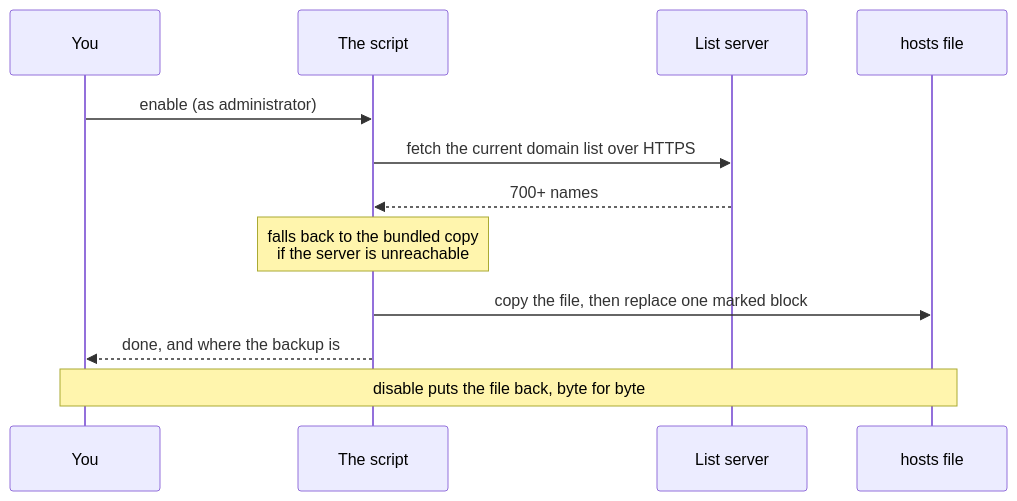
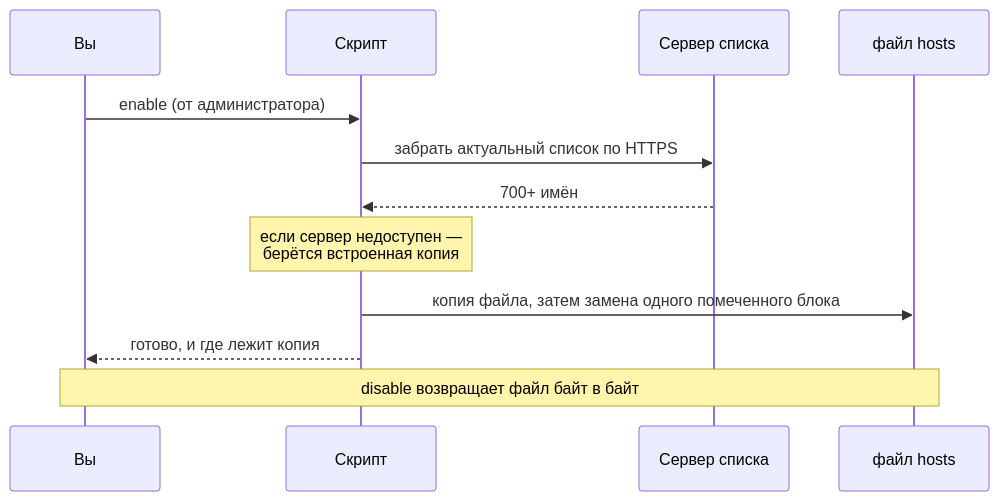
Before and after one commit to SteepMans/ai-sni-proxy: the fourth of 4 diagrams in README.md, drawn with Mermaid. The commit also changed other lines of this file and 5 other files, not shown here.

Commit message:
Explain where the block actually is and why a VPN is the wrong tool; make Russian the default language

````diff
--- a/README.md
+++ b/README.md
@@ -52,15 +134,15 @@
 ```mermaid
 sequenceDiagram
-    participant Y as You
-    participant C as The script
-    participant L as List server
-    participant H as hosts file
+    participant Y as Вы
+    participant C as Скрипт
+    participant L as Сервер списка
+    participant H as файл hosts
 
-    Y->>C: enable (as administrator)
-    C->>L: fetch the current domain list over HTTPS
-    L-->>C: 700+ names
-    Note over C: falls back to the bundled copy<br/>if the server is unreachable
-    C->>H: copy the file, then replace one marked block
-    C-->>Y: done, and where the backup is
-    Note over Y,H: disable puts the file back, byte for byte
+    Y->>C: enable (от администратора)
+    C->>L: забрать актуальный список по HTTPS
+    L-->>C: 700+ имён
+    Note over C: если сервер недоступен —<br/>берётся встроенная копия
+    C->>H: копия файла, затем замена одного помеченного блока
+    C-->>Y: готово, и где лежит копия
+    Note over Y,H: disable возвращает файл байт в байт
 ```
````
